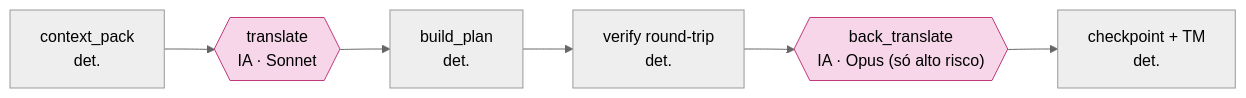
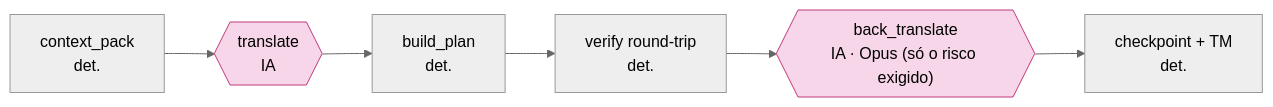
One commit to scudellerlemos/translation-cognition-framework changed the second of 3 diagrams in docs/ARCHITECTURE.md. Above: the diagram before and after it, drawn with Mermaid (neutral theme). The commit also changed other lines of this file and 28 other files, not shown here.

````diff
--- a/docs/ARCHITECTURE.md
+++ b/docs/ARCHITECTURE.md
@@ -85,10 +92,10 @@
 ```mermaid
 flowchart LR
-  pack["context_pack<br/>det."] --> tr{{"translate<br/>IA · Sonnet"}}
+  pack["context_pack<br/>det."] --> tr{{"translate<br/>IA"}}
   tr --> plan["build_plan<br/>det."]
   plan --> vf["verify round-trip<br/>det."]
-  vf --> bt{{"back_translate<br/>IA · Opus (só alto risco)"}}
+  vf --> bt{{"back_translate<br/>IA · Opus (só o risco exigido)"}}
   bt --> cp["checkpoint + TM<br/>det."]
   classDef ia fill:#f6d6e8,stroke:#c0397b,color:#000;
   class tr,bt ia;
 ```
````
